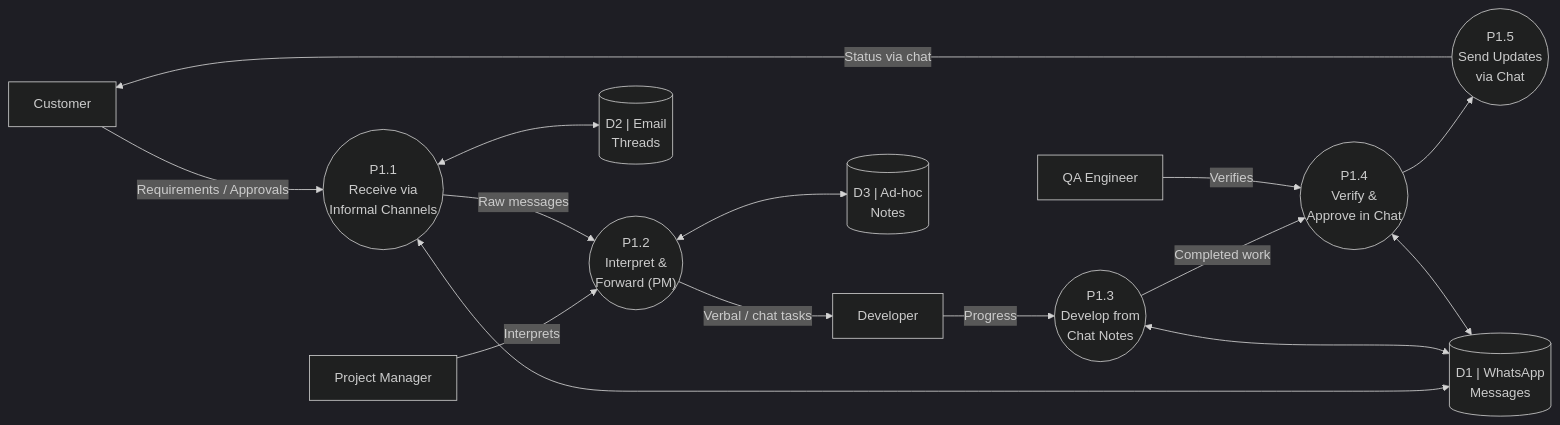
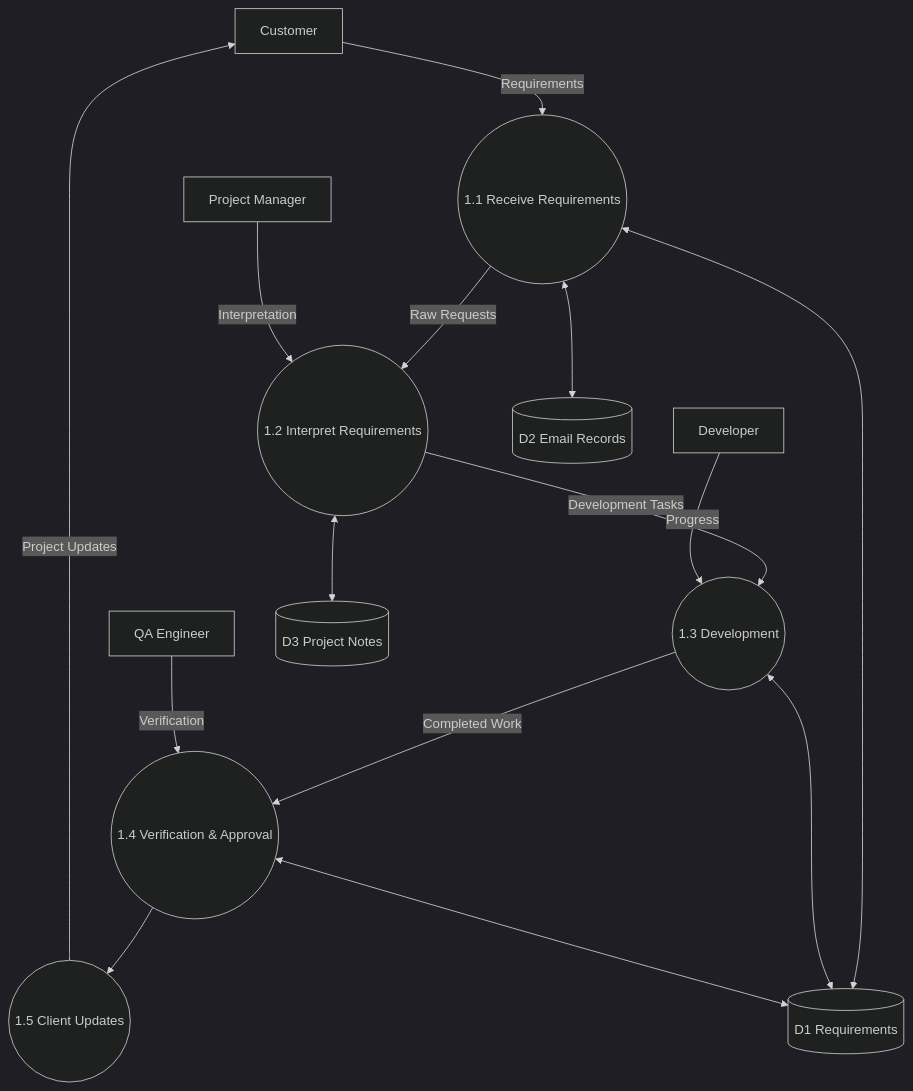
One commit to naim1405/ISAD changed the first of 10 diagrams in diagrams_mermaid.md. Above: the diagram before and after it, drawn with Mermaid (dark theme). The commit also changed other lines of this file and 12 other files, not shown here.

Commit message:
updated diagrams

````diff
--- a/diagrams_mermaid.md
+++ b/diagrams_mermaid.md
@@ -134,29 +65,37 @@
 ```mermaid
-graph LR
-    CUST["Customer"]
-    PM["Project Manager"]
-    DEV["Developer"]
-    QA["QA Engineer"]
-    P11(("P1.1<br/>Receive via<br/>Informal Channels"))
-    P12(("P1.2<br/>Interpret &amp;<br/>Forward (PM)"))
-    P13(("P1.3<br/>Develop from<br/>Chat Notes"))
-    P14(("P1.4<br/>Verify &amp;<br/>Approve in Chat"))
-    P15(("P1.5<br/>Send Updates<br/>via Chat"))
-    D1[("D1 | WhatsApp<br/>Messages")]
-    D2[("D2 | Email<br/>Threads")]
-    D3[("D3 | Ad-hoc<br/>Notes")]
-    CUST -- "Requirements / Approvals" --> P11
-    PM -- "Interprets" --> P12
-    P11 -- "Raw messages" --> P12
-    P12 -- "Verbal / chat tasks" --> DEV
-    DEV -- "Progress" --> P13
-    P13 -- "Completed work" --> P14
-    QA -- "Verifies" --> P14
+flowchart TD
+
+    CUST[Customer]
+    PM[Project Manager]
+    DEV[Developer]
+    QA[QA Engineer]
+
+    P11((1.1 Receive Requirements))
+    P12((1.2 Interpret Requirements))
+    P13((1.3 Development))
+    P14((1.4 Verification & Approval))
+    P15((1.5 Client Updates))
+
+    D1[(D1 Requirements)]
+    D2[(D2 Email Records)]
+    D3[(D3 Project Notes)]
+
+    CUST -->|Requirements| P11
+    P11 -->|Raw Requests| P12
+    PM -->|Interpretation| P12
+
+    P12 -->|Development Tasks| P13
+    DEV -->|Progress| P13
+
+    P13 -->|Completed Work| P14
+    QA -->|Verification| P14
+
     P14 --> P15
-    P15 -- "Status via chat" --> CUST
+    P15 -->|Project Updates| CUST
+
     P11 <--> D1
     P11 <--> D2
     P12 <--> D3
     P13 <--> D1
     P14 <--> D1
 ```
````
